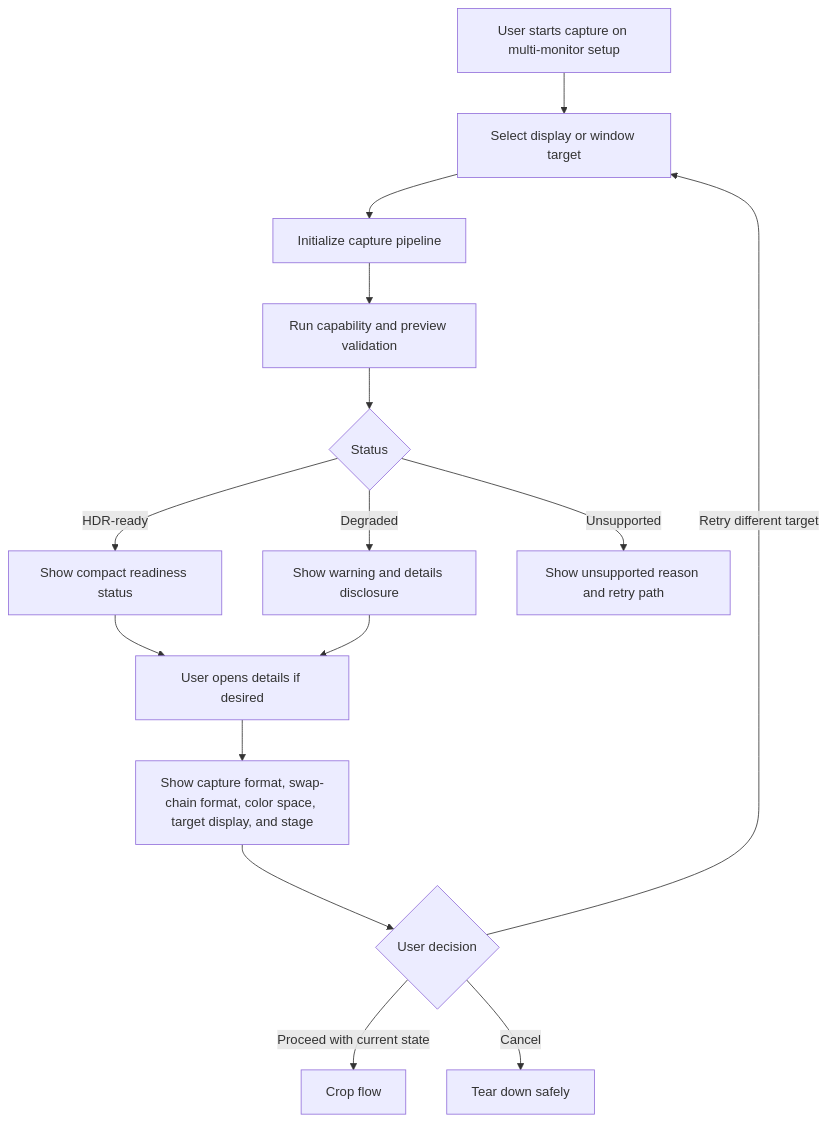
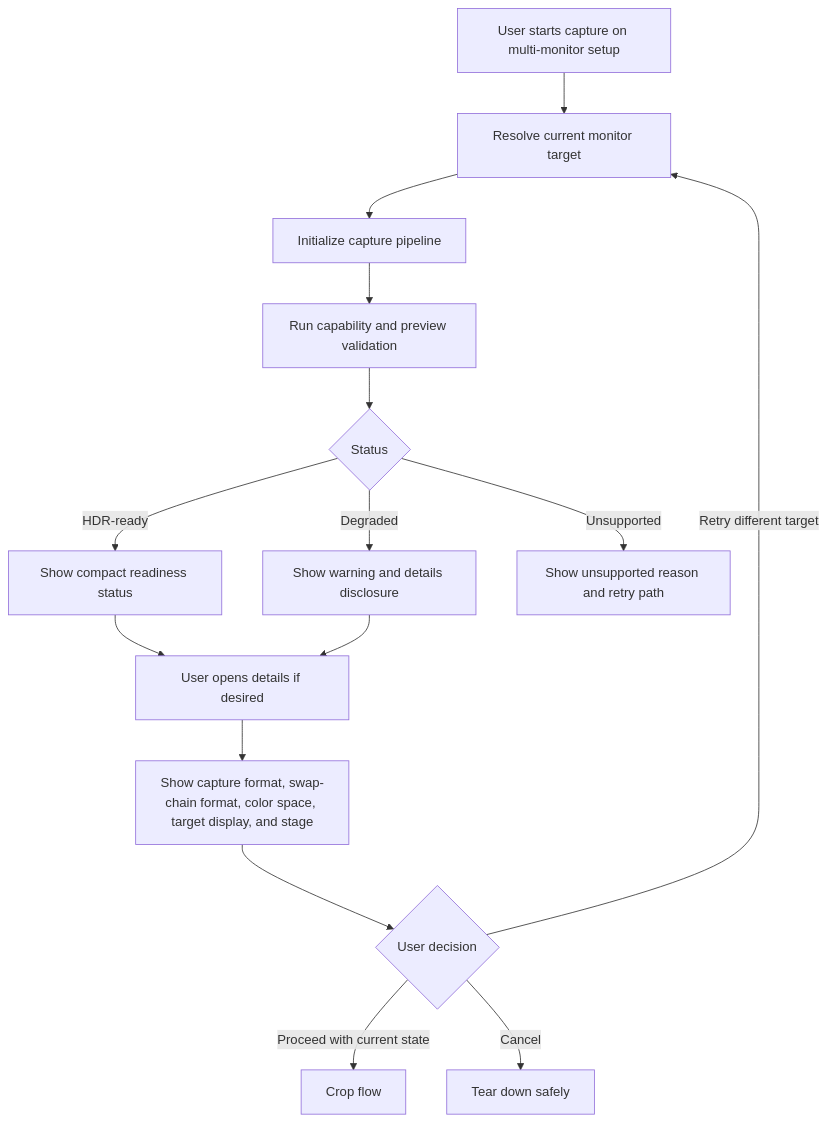
The third of 4 diagrams in _bmad-output/planning-artifacts/ux-design-specification.md (Mournerliao/lumiere), drawn with Mermaid before and after one commit. The commit also changed other lines of this file and 14 other files, not shown here.

Commit message:
docs: rebaseline mvp roadmap

````diff
--- a/_bmad-output/planning-artifacts/ux-design-specification.md
+++ b/_bmad-output/planning-artifacts/ux-design-specification.md
@@ -750,17 +768,17 @@
 ```mermaid
 flowchart TD
-    A["User starts capture on multi-monitor setup"] --> B["Select display or window target"]
+    A["User starts capture on multi-monitor setup"] --> B["Resolve current monitor target"]
     B --> C["Initialize capture pipeline"]
     C --> D["Run capability and preview validation"]
     D --> E{Status}
     E -- "HDR-ready" --> F["Show compact readiness status"]
     E -- "Degraded" --> G["Show warning and details disclosure"]
     E -- "Unsupported" --> H["Show unsupported reason and retry path"]
     F --> I["User opens details if desired"]
     G --> I
     I --> J["Show capture format, swap-chain format, color space, target display, and stage"]
     J --> K{User decision}
     K -- "Retry different target" --> B
     K -- "Proceed with current state" --> L["Crop flow"]
     K -- "Cancel" --> M["Tear down safely"]
 ```
````
